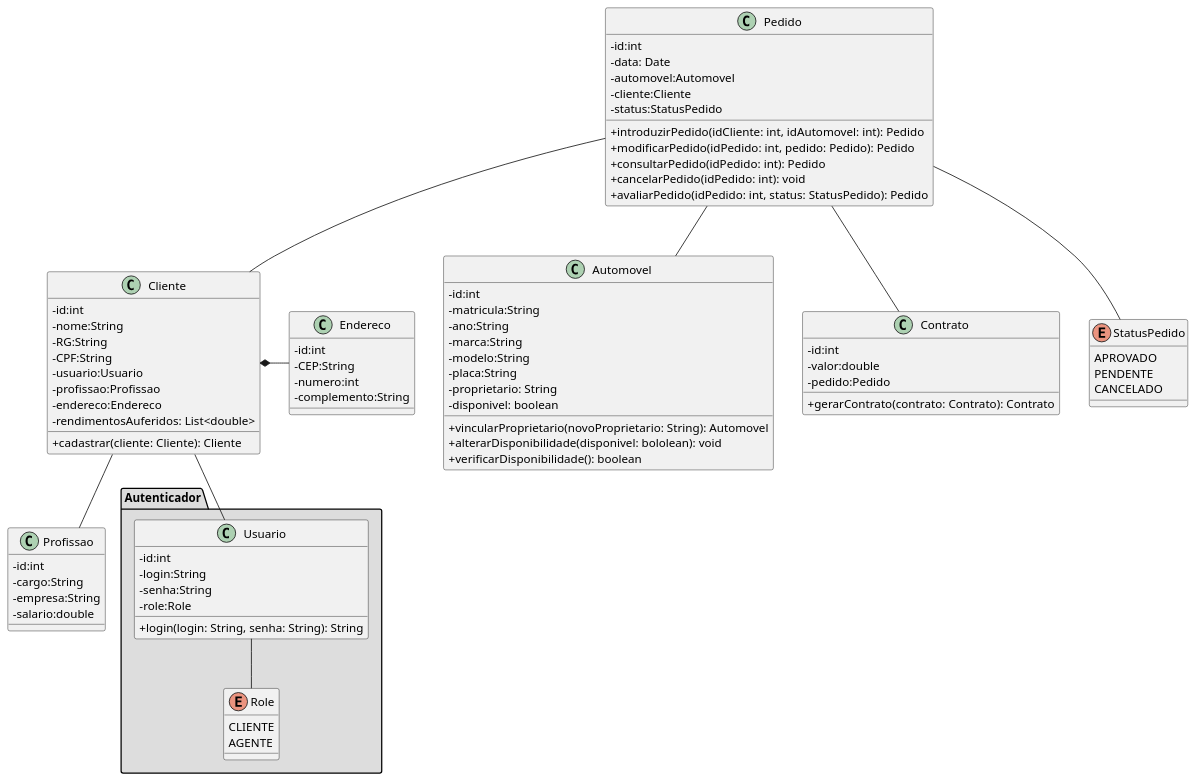
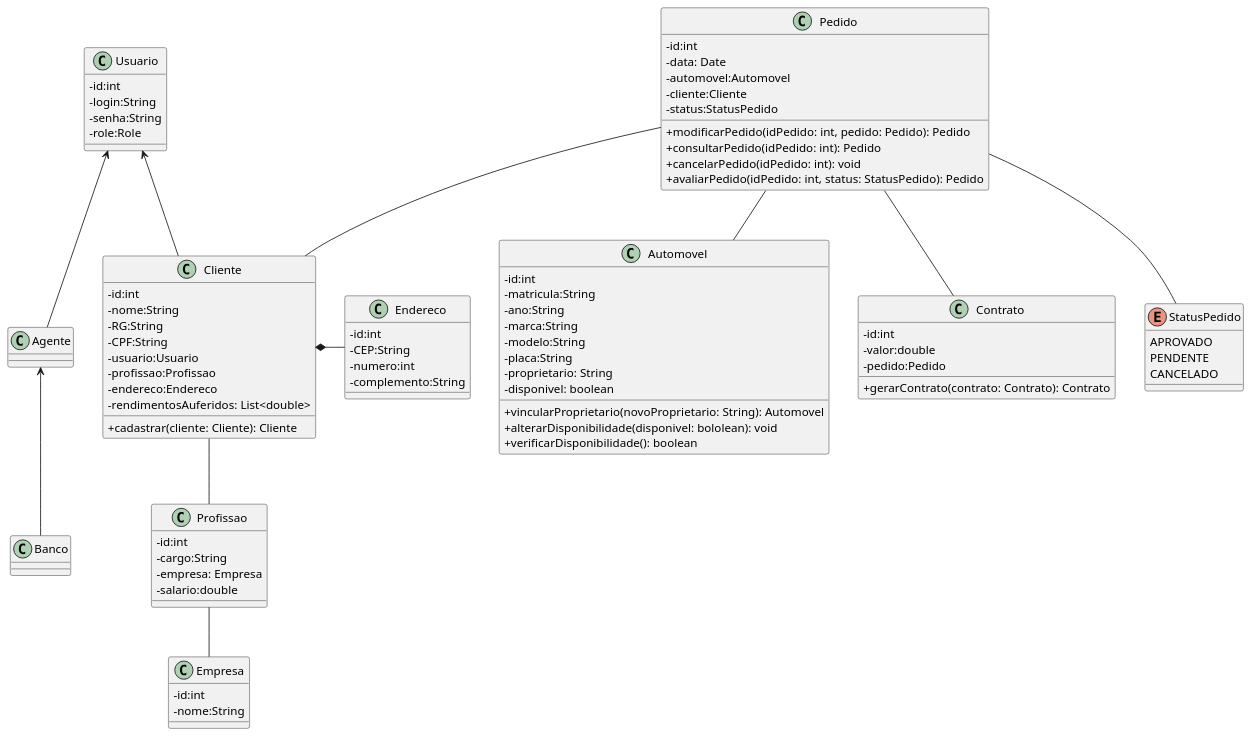
The diagram in projeto/DiagramaDeClasse/diagramaDeClasse.puml (pedromaximocampos/Laboratorio-Desenvolvimento-02), drawn with PlantUML before and after one commit.

Commit message:
docs: Versao com heranca diagrama de classe

```diff
--- a/projeto/DiagramaDeClasse/diagramaDeClasse.puml
+++ b/projeto/DiagramaDeClasse/diagramaDeClasse.puml
@@ -1,102 +1,124 @@
 @startuml
 skinparam classAttributeIconSize 0
 
-package "Autenticador" #DDDDDD {
+'package "Autenticador" #DDDDDD {
+'
+'class Usuario{
+'-id:int
+'-login:String
+'-senha:String
+'-role:Role
+'
+'+login(login: String, senha: String): String
+'}
+'
+'enum Role{
+'    CLIENTE
+'    EMPRESA
+'    BANCO
+'}
+
+'Usuario -- Role
+'}
 
 class Usuario{
 -id:int
 -login:String
 -senha:String
 -role:Role
-
-+login(login: String, senha: String): String
 }
 
-enum Role{
-    CLIENTE
-    AGENTE
+class Agente{
 }
 
-Usuario -- Role
+class Banco{
 }
 
 class Cliente{
  -id:int
  -nome:String
  -RG:String
  -CPF:String
  -usuario:Usuario
  -profissao:Profissao
  -endereco:Endereco
  -rendimentosAuferidos: List<double>
 
  +cadastrar(cliente: Cliente): Cliente
 }
 
 class Endereco{
 -id:int
 -CEP:String
 -numero:int
 -complemento:String
 }
 
 class Profissao{
 -id:int
 -cargo:String
--empresa:String
+-empresa: Empresa
 -salario:double
+}
+
+class Empresa{
+-id:int
+-nome:String
 }
 
 class Automovel{
 -id:int
 -matricula:String
 -ano:String
 -marca:String
 -modelo:String
 -placa:String
 -proprietario: String
 -disponivel: boolean
 
 +vincularProprietario(novoProprietario: String): Automovel
 +alterarDisponibilidade(disponivel: bololean): void
 +verificarDisponibilidade(): boolean
 }
 
 class Contrato{
 -id:int
 -valor:double
 -pedido:Pedido
 
 +gerarContrato(contrato: Contrato): Contrato
 }
 
 class Pedido{
 -id:int
 -data: Date
 -automovel:Automovel
 -cliente:Cliente
 -status:StatusPedido
 
-+introduzirPedido(idCliente: int, idAutomovel: int): Pedido
 +modificarPedido(idPedido: int, pedido: Pedido): Pedido
 +consultarPedido(idPedido: int): Pedido
 +cancelarPedido(idPedido: int): void
 +avaliarPedido(idPedido: int, status: StatusPedido): Pedido
 }
 
 enum StatusPedido{
     APROVADO
     PENDENTE
     CANCELADO
 }
-
 Pedido -- Cliente
 Pedido -- Automovel
 Pedido -- Contrato
 Pedido -- StatusPedido
 
-Cliente -- Usuario
+Usuario <-- Cliente
+Usuario <-- Agente
+Agente <-- Banco
+
 Cliente -- Profissao
 Cliente *- Endereco
 
+Profissao -- Empresa
+
 @enduml
```
